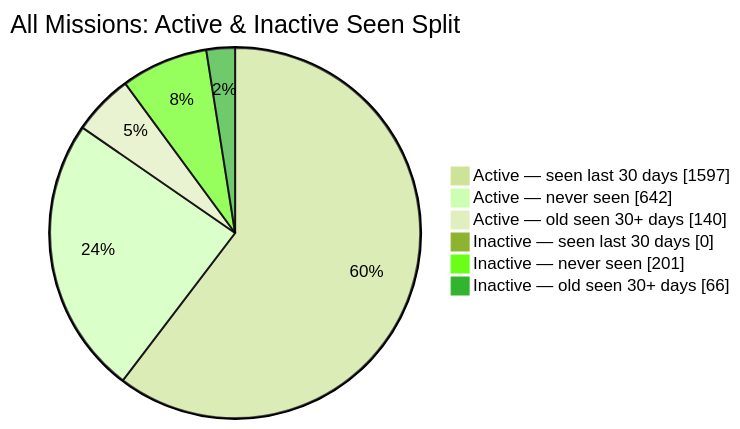
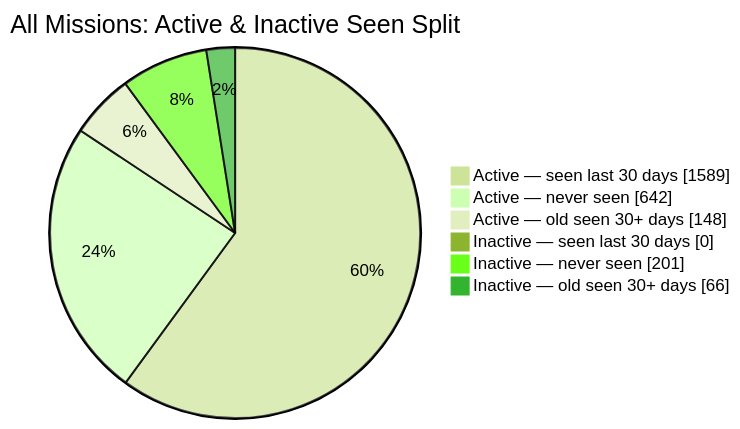
One commit to MeldkamerspelGameTeam/active-missions changed the second of 2 diagrams in README.md. Above: the diagram before and after it, drawn with Mermaid (forest theme). The commit also changed other lines of this file and 3 other files, not shown here.

````diff
--- a/README.md
+++ b/README.md
@@ -44,10 +44,10 @@
 ```mermaid
 pie showData
     title All Missions: Active & Inactive Seen Split
-    "Active — seen last 30 days" : 1597
+    "Active — seen last 30 days" : 1589
     "Active — never seen" : 642
-    "Active — old seen 30+ days" : 140
+    "Active — old seen 30+ days" : 148
     "Inactive — seen last 30 days" : 0
     "Inactive — never seen" : 201
     "Inactive — old seen 30+ days" : 66
 ```
````
